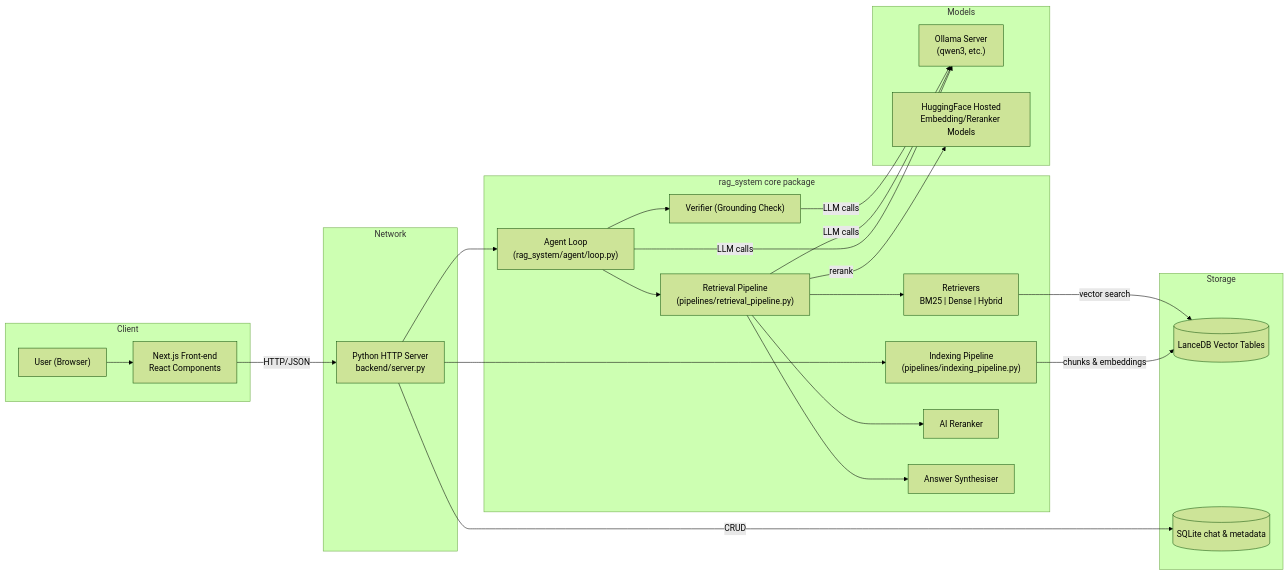
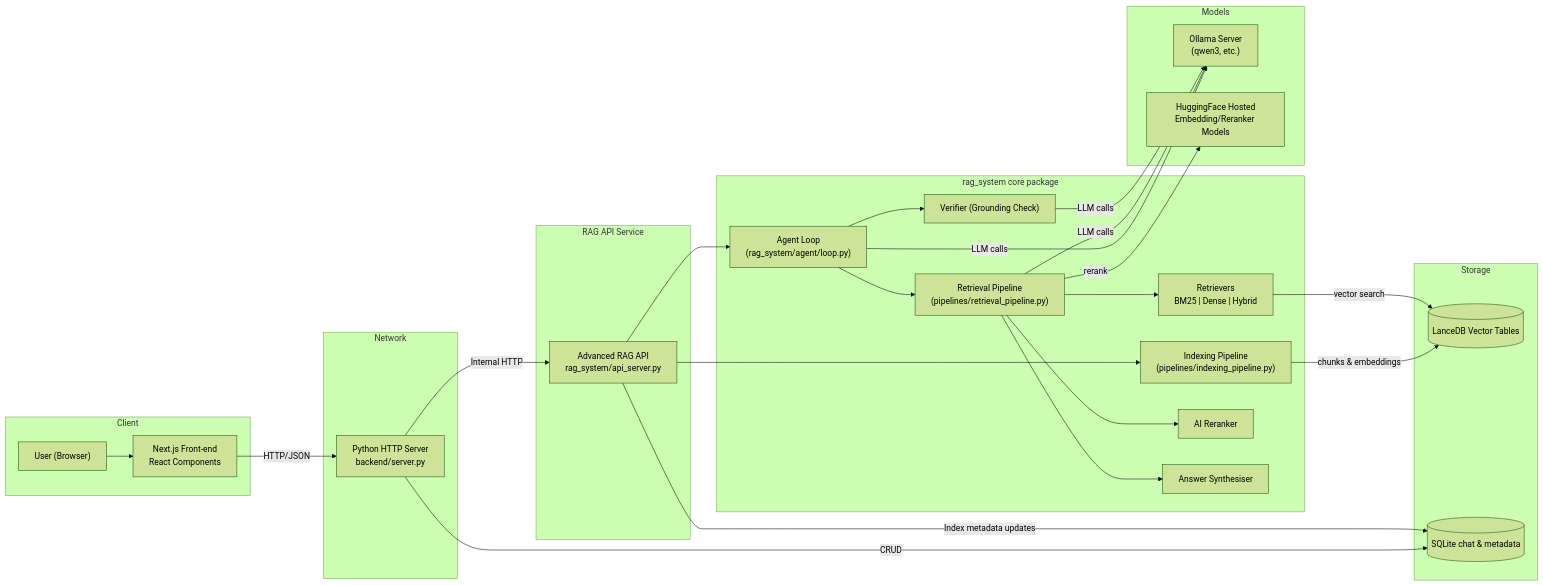
Before and after one commit to KhonMadina/AcademicRAG: the diagram in Documentation/architecture_overview.md, drawn with Mermaid (forest theme). The commit also changed other lines of this file and 40 other files, not shown here.

````diff
--- a/Documentation/architecture_overview.md
+++ b/Documentation/architecture_overview.md
@@ -9,43 +9,49 @@
 ```mermaid
 flowchart LR
     subgraph Client
         U["  User (Browser)"]
         FE["Next.js Front-end\nReact Components"]
         U --> FE
     end
 
     subgraph Network
         FE -->|HTTP/JSON| BE["Python HTTP Server\nbackend/server.py"]
     end
 
+    subgraph API["RAG API Service"]
+        RAGAPI["Advanced RAG API\nrag_system/api_server.py"]
+        BE -->|Internal HTTP| RAGAPI
+    end
+
     subgraph Core["rag_system core package"]
-        BE --> LOOP["Agent Loop\n(rag_system/agent/loop.py)"]
-        BE --> IDX["Indexing Pipeline\n(pipelines/indexing_pipeline.py)"]
+        RAGAPI --> LOOP["Agent Loop\n(rag_system/agent/loop.py)"]
+        RAGAPI --> IDX["Indexing Pipeline\n(pipelines/indexing_pipeline.py)"]
 
         LOOP --> RP["Retrieval Pipeline\n(pipelines/retrieval_pipeline.py)"]
         LOOP --> VER["Verifier (Grounding Check)"]
         RP --> RET["Retrievers\nBM25 | Dense | Hybrid"]
         RP --> RER["AI Reranker"]
         RP --> SYNT["Answer Synthesiser"]
     end
 
     subgraph Storage
         LDB[("LanceDB Vector Tables")]
         SQL[("SQLite  chat & metadata")]
     end
 
     subgraph Models
         OLLAMA["Ollama Server\n(qwen3, etc.)"]
         HF["HuggingFace Hosted\nEmbedding/Reranker Models"]
     end
 
     %% data edges
     IDX -->|chunks & embeddings| LDB
     RET -->|vector search| LDB
     LOOP -->|LLM calls| OLLAMA
     RP -->|LLM calls| OLLAMA
     VER -->|LLM calls| OLLAMA
     RP -->|rerank| HF
 
     BE -->|CRUD| SQL
+    RAGAPI -->|Index metadata updates| SQL
 ```
````
